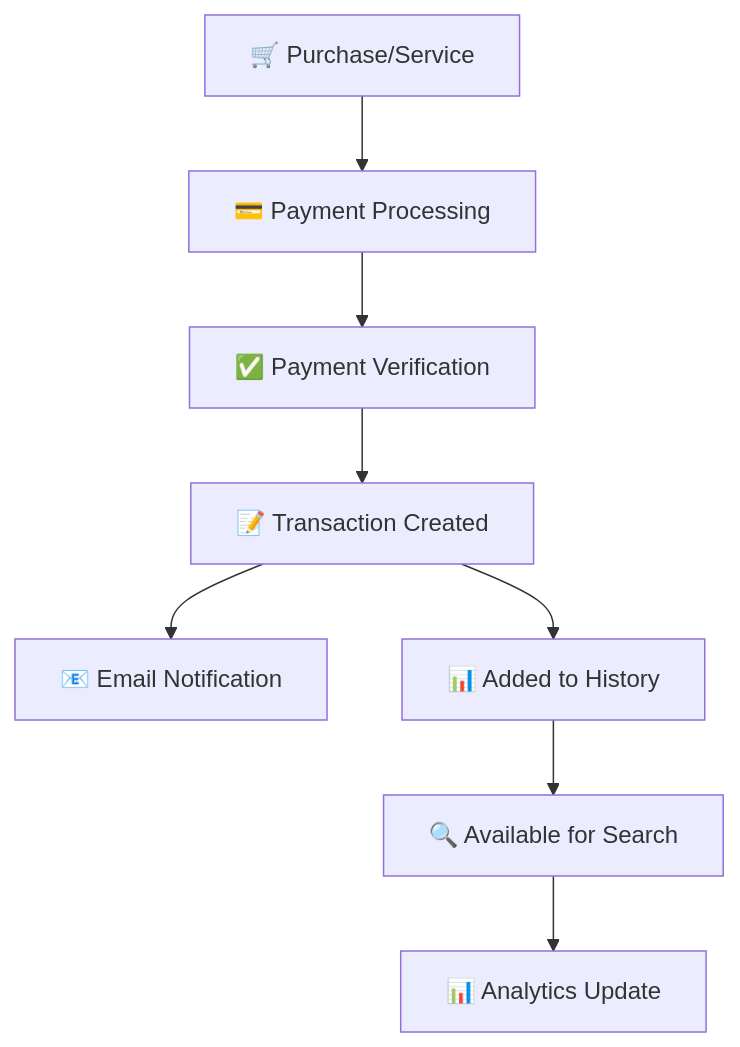
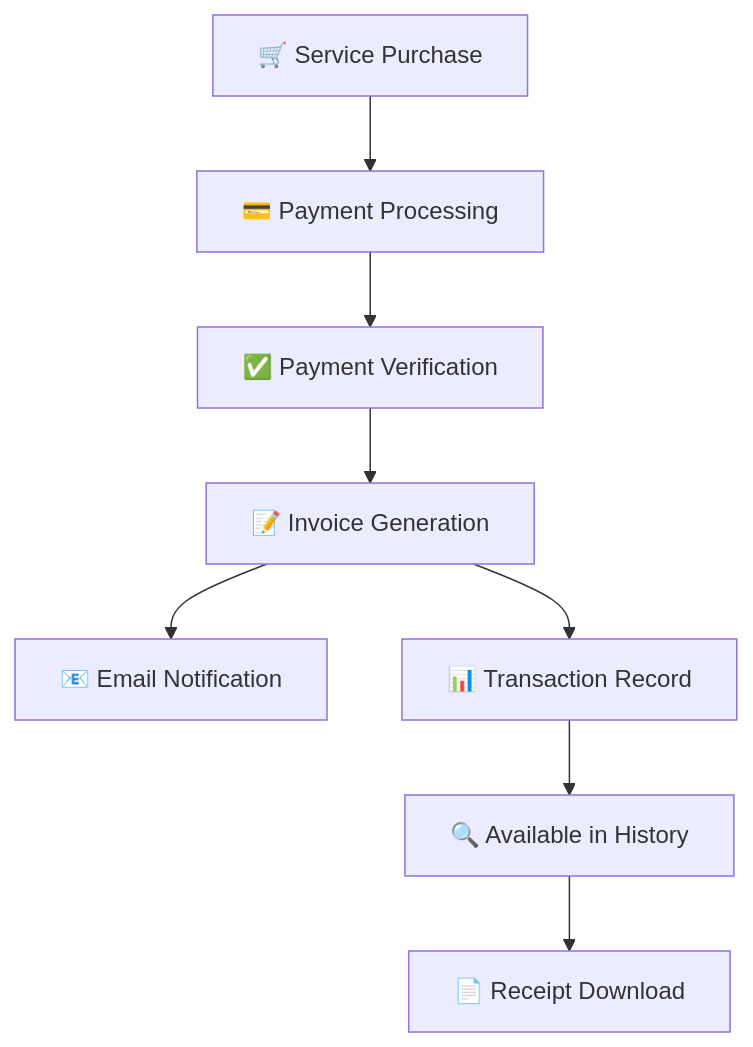
The diagram in billing/transaction-history.mdx (rizlerai/docs), drawn with Mermaid before and after one commit. The commit also changed other lines of this file and 10 other files, not shown here.

````diff
--- a/billing/transaction-history.mdx
+++ b/billing/transaction-history.mdx
@@ -47,11 +50,10 @@
 ```mermaid
 graph TD
-    A[🛒 Purchase/Service] --> B[💳 Payment Processing]
+    A[🛒 Service Purchase] --> B[💳 Payment Processing]
     B --> C[✅ Payment Verification]
-    C --> D[📝 Transaction Created]
+    C --> D[📝 Invoice Generation]
     D --> E[📧 Email Notification]
-    D --> F[📊 Added to History]
-    F --> G[🔍 Available for Search]
-    G --> H[📊 Analytics Update]
- 
+    D --> F[📊 Transaction Record]
+    F --> G[🔍 Available in History]
+    G --> H[📄 Receipt Download]
 ```
````
